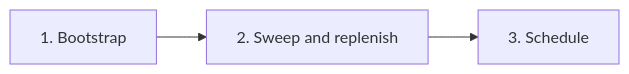
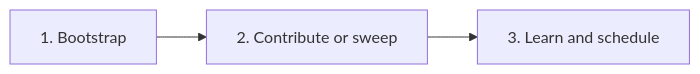
The second of 4 diagrams in README.md (deepujain/skippy), drawn with Mermaid before and after one commit. The commit also changed other lines of this file, not shown here.

````diff
--- a/README.md
+++ b/README.md
@@ -41,5 +74,5 @@
 ```mermaid
 flowchart LR
-  A["1. Bootstrap"] --> B["2. Sweep and replenish"]
-  B --> C["3. Schedule"]
+  A["1. Bootstrap"] --> B["2. Contribute or sweep"]
+  B --> C["3. Learn and schedule"]
 ```
````
